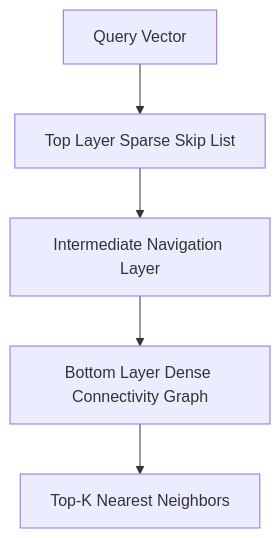
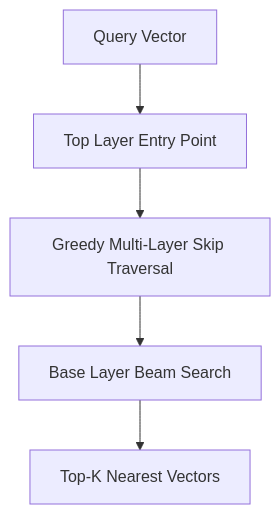
One commit to alphaparkinc/genpark-hierarchical-navigable-small-world-hnsw-graph-skill changed the diagram in README.md. Above: the diagram before and after it, drawn with Mermaid. The commit also changed other lines of this file, not shown here.

Commit message:
docs: add architecture documentation

````diff
--- a/README.md
+++ b/README.md
@@ -9,7 +7,7 @@
 ```mermaid
 flowchart TD
-    A[Query Vector] --> B[Top Layer Sparse Skip List]
-    B --> C[Intermediate Navigation Layer]
-    C --> D[Bottom Layer Dense Connectivity Graph]
-    D --> E[Top-K Nearest Neighbors]
+    Q[Query Vector] --> Entry[Top Layer Entry Point]
+    Entry --> Greedy[Greedy Multi-Layer Skip Traversal]
+    Greedy --> Base[Base Layer Beam Search]
+    Base --> TopK[Top-K Nearest Vectors]
 ```
````
